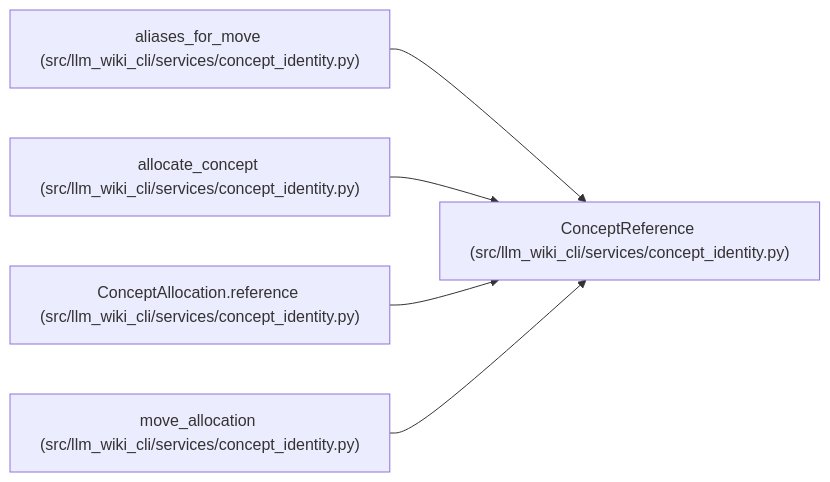
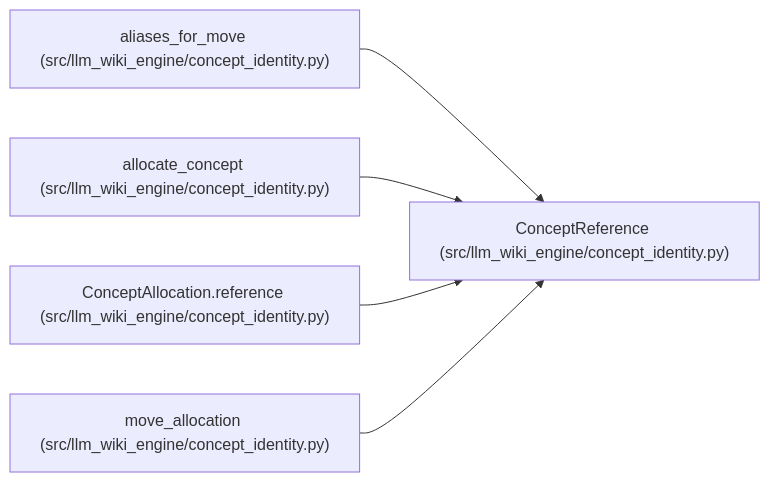
Before and after one commit to Denissvgn/python-wiki-llm: the diagram in docs/llm_wiki/entities/ConceptReference.md, drawn with Mermaid. The commit also changed other lines of this file and 1103 other files, not shown here.

First line of the commit message:
docs: refresh the wiki for the llm-wiki-engine distribution

````diff
--- a/docs/llm_wiki/entities/ConceptReference.md
+++ b/docs/llm_wiki/entities/ConceptReference.md
@@ -31,17 +31,17 @@
 ```mermaid
 flowchart LR
-    n0["ConceptReference (src/llm_wiki_cli/services/concept_identity.py)"]
-    n1["aliases_for_move (src/llm_wiki_cli/services/concept_identity.py)"]
-    n2["allocate_concept (src/llm_wiki_cli/services/concept_identity.py)"]
-    n3["ConceptAllocation.reference (src/llm_wiki_cli/services/concept_identity.py)"]
-    n4["move_allocation (src/llm_wiki_cli/services/concept_identity.py)"]
+    n0["ConceptReference (src/llm_wiki_engine/concept_identity.py)"]
+    n1["aliases_for_move (src/llm_wiki_engine/concept_identity.py)"]
+    n2["allocate_concept (src/llm_wiki_engine/concept_identity.py)"]
+    n3["ConceptAllocation.reference (src/llm_wiki_engine/concept_identity.py)"]
+    n4["move_allocation (src/llm_wiki_engine/concept_identity.py)"]
     n1 --> n0
     n2 --> n0
     n3 --> n0
     n4 --> n0
     click n0 "../modules/concept_identity.md"
     click n1 "../modules/concept_identity.md"
     click n2 "../modules/concept_identity.md"
     click n3 "../modules/concept_identity.md"
     click n4 "../modules/concept_identity.md"
 ```
````
